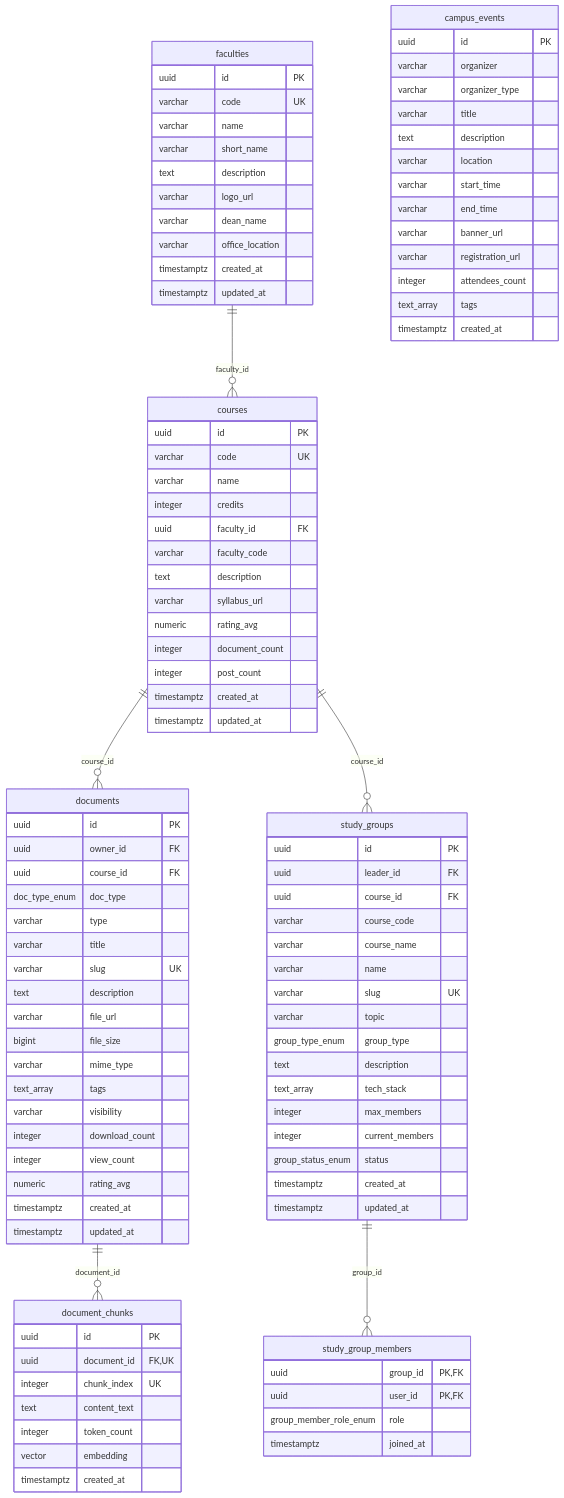
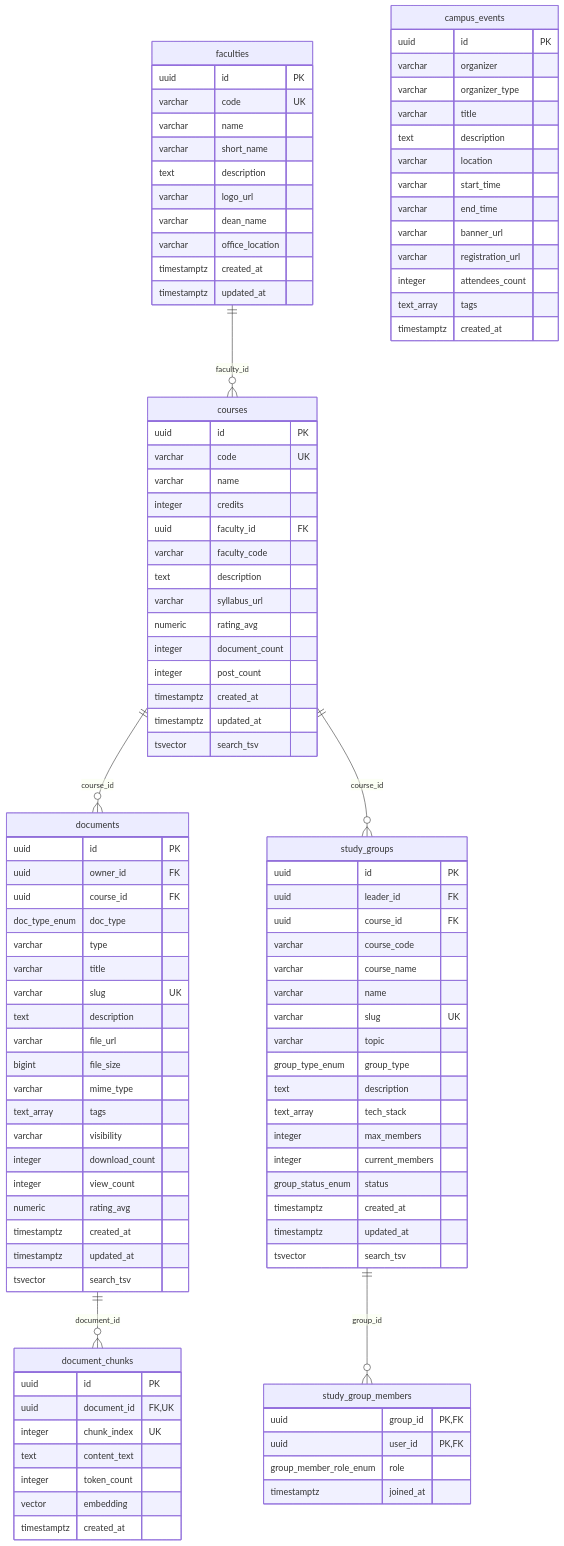
Before and after one commit to nhatcoi/pu-connect: the fifth of 6 diagrams in docs/diagrams/04-erd.md, drawn with Mermaid. The commit also changed other lines of this file and 5 other files, not shown here.

Commit message:
docs(search): design and business rules, flow, ERD, roles backlog

```diff
--- a/docs/diagrams/04-erd.md
+++ b/docs/diagrams/04-erd.md
@@ -294,6 +299,7 @@
     integer post_count
     timestamptz created_at
     timestamptz updated_at
+    tsvector search_tsv
   }
   documents {
     uuid id PK
@@ -314,6 +320,7 @@
     numeric rating_avg
     timestamptz created_at
     timestamptz updated_at
+    tsvector search_tsv
   }
   document_chunks {
     uuid id PK
@@ -341,6 +348,7 @@
     group_status_enum status
     timestamptz created_at
     timestamptz updated_at
+    tsvector search_tsv
   }
   study_group_members {
     uuid group_id PK,FK
```
